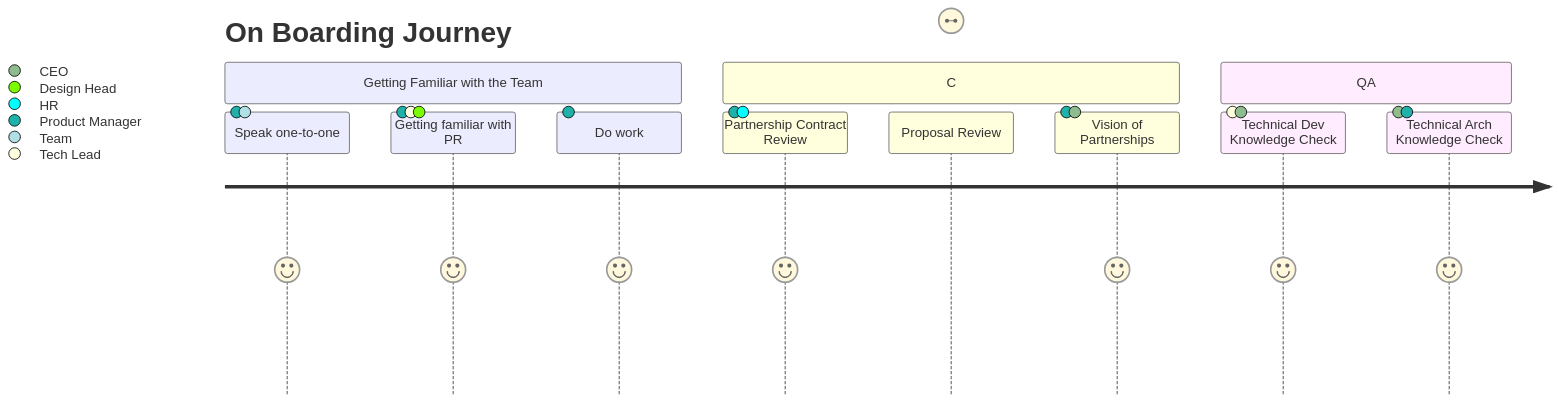
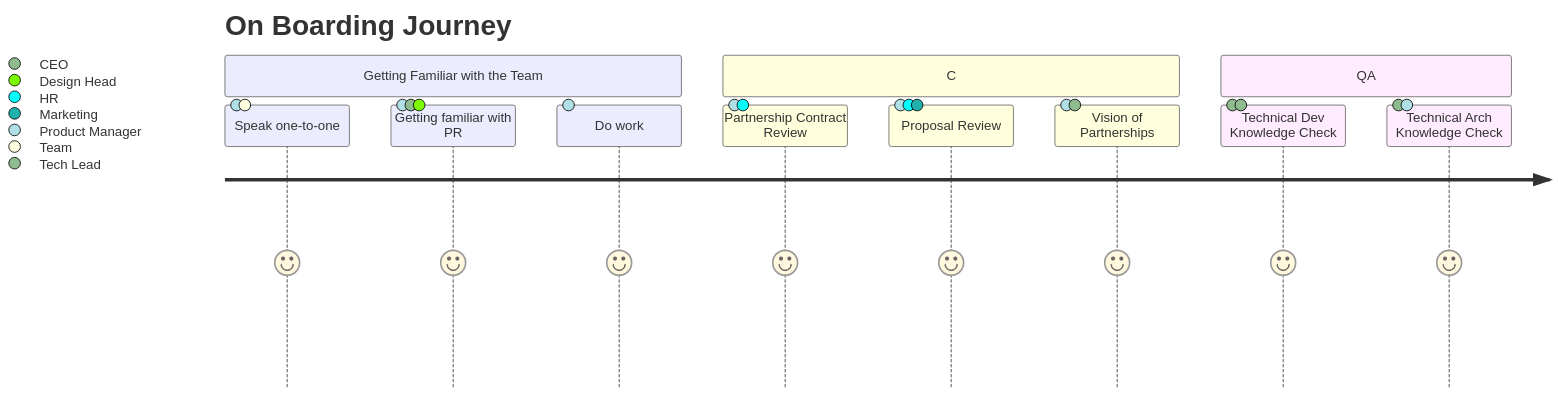
Before and after one commit to wish-team/onboarding: the diagram in product_manager/README.md, drawn with Mermaid. The commit also changed other lines of this file, not shown here.

````diff
--- a/product_manager/README.md
+++ b/product_manager/README.md
@@ -4,18 +4,18 @@
 ```mermaid
 
 journey
 
     title On Boarding Journey
     section Getting Familiar with the Team
       Speak one-to-one: 5: Product Manager, Team
       Getting familiar with PR: 5: Product Manager, Tech Lead, Design Head
       Do work: 5: Product Manager
     section C
       Partnership Contract Review: 5: Product Manager, HR
-      Proposal Review: Product Manager, HR, Marketing
+      Proposal Review: 5: Product Manager, HR, Marketing
       Vision of Partnerships: 5: Product Manager, CEO
     section QA
       Technical Dev Knowledge Check: 5: Tech Lead, CEO
       Technical Arch Knowledge Check: 5: CEO, Product Manager
 
 ```
````
